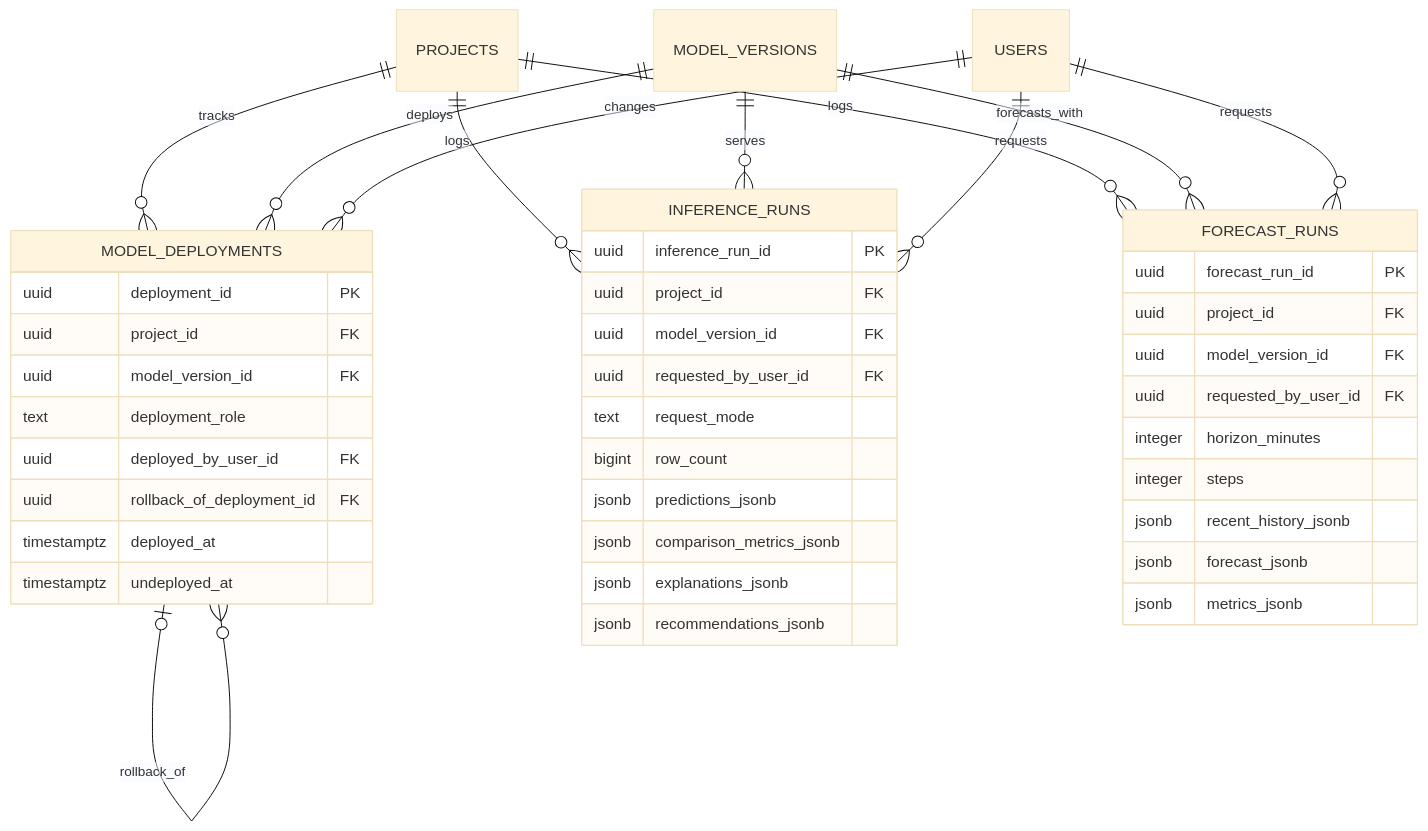
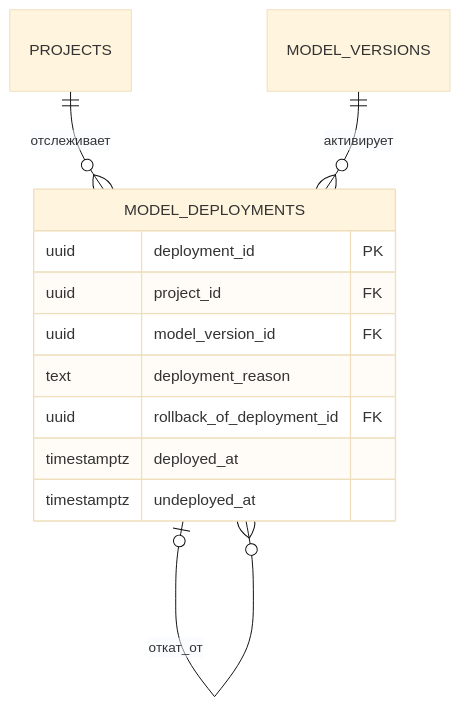
One commit to Maronari/AdaptiveML-DSS changed the third of 3 diagrams in docs/database.md. Above: the diagram before and after it, drawn with Mermaid (base theme). The commit also changed other lines of this file and 17 other files, not shown here.

Commit message:
feat: update UI; update DB schema

````diff
--- a/docs/database.md
+++ b/docs/database.md
@@ -155,51 +135,16 @@
 ```mermaid
 erDiagram
-    PROJECTS ||--o{ MODEL_DEPLOYMENTS : tracks
-    MODEL_VERSIONS ||--o{ MODEL_DEPLOYMENTS : deploys
-    USERS ||--o{ MODEL_DEPLOYMENTS : changes
-    MODEL_DEPLOYMENTS o|--o{ MODEL_DEPLOYMENTS : rollback_of
-
-    PROJECTS ||--o{ INFERENCE_RUNS : logs
-    MODEL_VERSIONS ||--o{ INFERENCE_RUNS : serves
-    USERS ||--o{ INFERENCE_RUNS : requests
-
-    PROJECTS ||--o{ FORECAST_RUNS : logs
-    MODEL_VERSIONS ||--o{ FORECAST_RUNS : forecasts_with
-    USERS ||--o{ FORECAST_RUNS : requests
+    PROJECTS ||--o{ MODEL_DEPLOYMENTS : отслеживает
+    MODEL_VERSIONS ||--o{ MODEL_DEPLOYMENTS : активирует
+    MODEL_DEPLOYMENTS o|--o{ MODEL_DEPLOYMENTS : откат_от
 
     MODEL_DEPLOYMENTS {
         uuid deployment_id PK
         uuid project_id FK
         uuid model_version_id FK
-        text deployment_role
-        uuid deployed_by_user_id FK
+        text deployment_reason
         uuid rollback_of_deployment_id FK
         timestamptz deployed_at
         timestamptz undeployed_at
     }
-
-    INFERENCE_RUNS {
-        uuid inference_run_id PK
-        uuid project_id FK
-        uuid model_version_id FK
-        uuid requested_by_user_id FK
-        text request_mode
-        bigint row_count
-        jsonb predictions_jsonb
-        jsonb comparison_metrics_jsonb
-        jsonb explanations_jsonb
-        jsonb recommendations_jsonb
-    }
-
-    FORECAST_RUNS {
-        uuid forecast_run_id PK
-        uuid project_id FK
-        uuid model_version_id FK
-        uuid requested_by_user_id FK
-        integer horizon_minutes
-        integer steps
-        jsonb recent_history_jsonb
-        jsonb forecast_jsonb
-        jsonb metrics_jsonb
-    }
 ```
````
